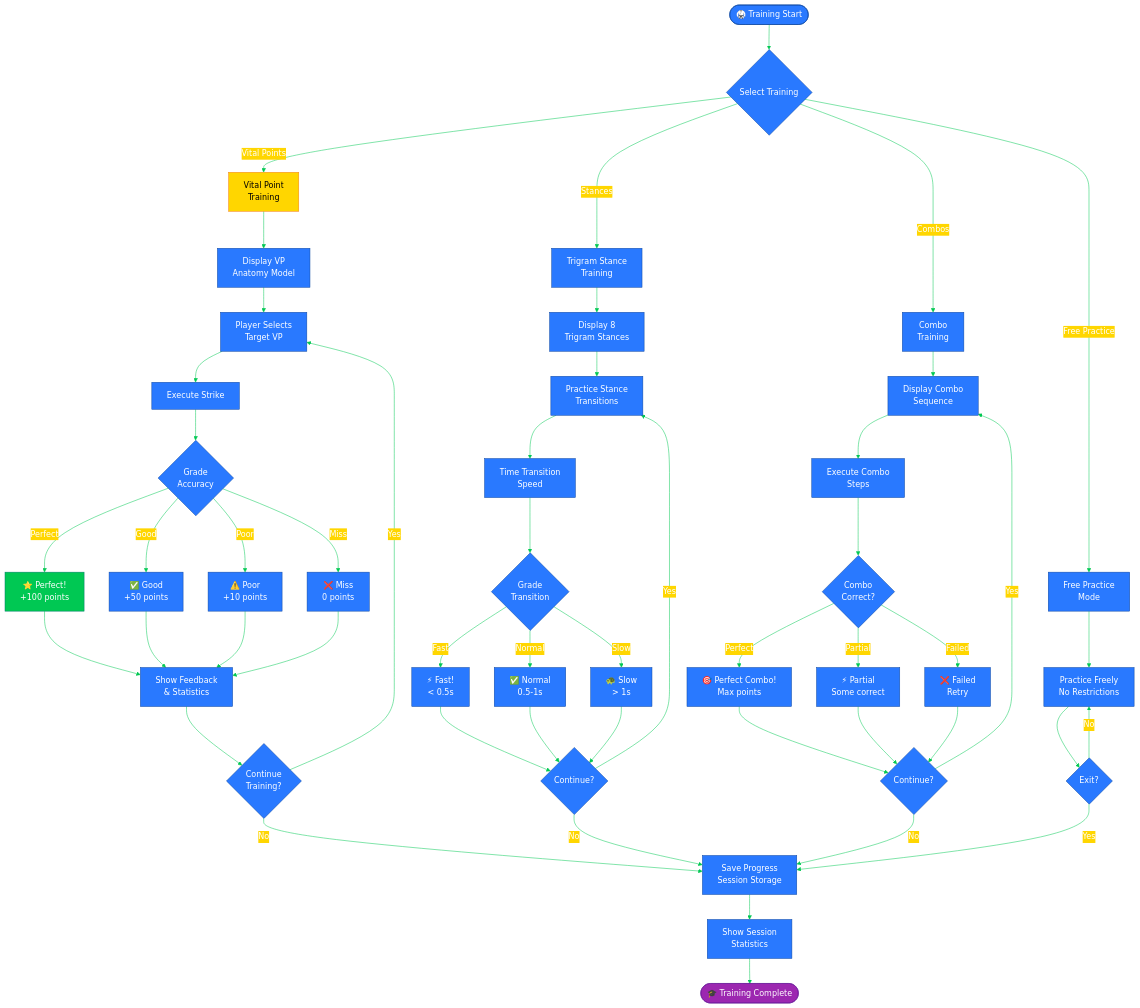
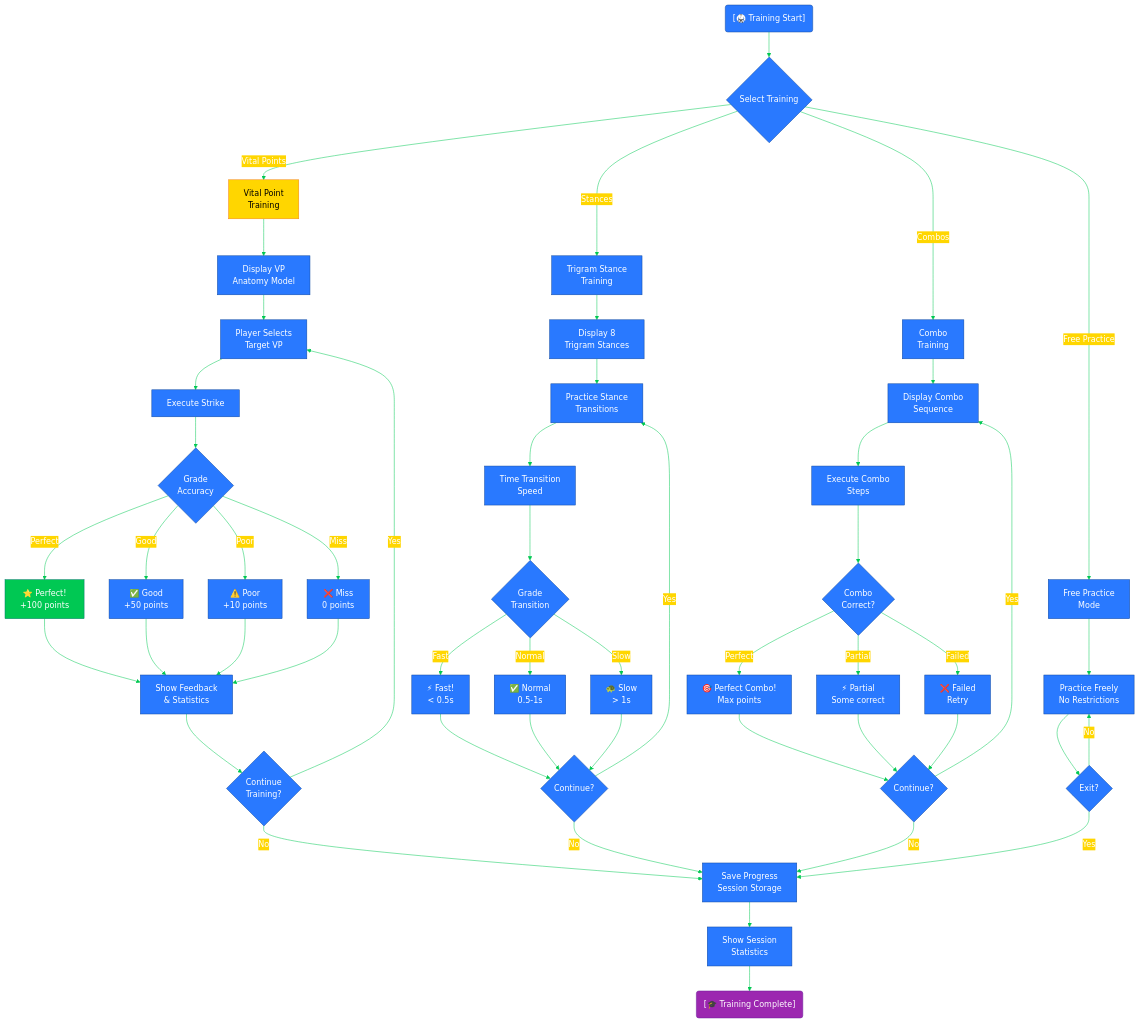
Before and after one commit to Hack23/blacktrigram: the eighth of 11 diagrams in FLOWCHART.md, drawn with Mermaid. The commit also changed other lines of this file and 19 other files, not shown here.

Commit message:
docs(mermaid): quote emoji labels in 19 files and add style warning to validator

````diff
--- a/FLOWCHART.md
+++ b/FLOWCHART.md
@@ -473,74 +473,74 @@
 ```mermaid
 %%{init: {'theme':'base', 'themeVariables': {'primaryColor':'#2979FF','primaryTextColor':'#fff','primaryBorderColor':'#0D47A1','lineColor':'#00C853','secondaryColor':'#FFD600','tertiaryColor':'#FF3D00'}}}%%
 flowchart TD
-    Start([🥋 Training Start]) --> Select{Select Training}
+    Start("[🥋 Training Start]") --> Select{Select Training}
 
     Select -->|Vital Points| VPTraining[Vital Point<br/>Training]
     Select -->|Stances| StanceTraining[Trigram Stance<br/>Training]
     Select -->|Combos| ComboTraining[Combo<br/>Training]
     Select -->|Free Practice| FreePractice[Free Practice<br/>Mode]
 
     VPTraining --> ShowVP[Display VP<br/>Anatomy Model]
     ShowVP --> SelectVP[Player Selects<br/>Target VP]
     SelectVP --> AttemptStrike[Execute Strike]
     AttemptStrike --> Grade{Grade<br/>Accuracy}
 
-    Grade -->|Perfect| Perfect[⭐ Perfect!<br/>+100 points]
-    Grade -->|Good| Good[✅ Good<br/>+50 points]
-    Grade -->|Poor| Poor[⚠️ Poor<br/>+10 points]
-    Grade -->|Miss| Miss[❌ Miss<br/>0 points]
+    Grade -->|Perfect| Perfect["⭐ Perfect!<br/>+100 points"]
+    Grade -->|Good| Good["✅ Good<br/>+50 points"]
+    Grade -->|Poor| Poor["⚠️ Poor<br/>+10 points"]
+    Grade -->|Miss| Miss["❌ Miss<br/>0 points"]
 
     Perfect --> ShowFeedback[Show Feedback<br/>& Statistics]
     Good --> ShowFeedback
     Poor --> ShowFeedback
     Miss --> ShowFeedback
 
     ShowFeedback --> Continue{Continue<br/>Training?}
 
     Continue -->|Yes| SelectVP
     Continue -->|No| SaveProgress[Save Progress<br/>Session Storage]
 
     StanceTraining --> ShowStances[Display 8<br/>Trigram Stances]
     ShowStances --> PracticeStance[Practice Stance<br/>Transitions]
     PracticeStance --> TimeTransition[Time Transition<br/>Speed]
     TimeTransition --> GradeTransition{Grade<br/>Transition}
 
-    GradeTransition -->|Fast| FastGrade[⚡ Fast!<br/>< 0.5s]
-    GradeTransition -->|Normal| NormalGrade[✅ Normal<br/>0.5-1s]
-    GradeTransition -->|Slow| SlowGrade[🐢 Slow<br/>> 1s]
+    GradeTransition -->|Fast| FastGrade["⚡ Fast!<br/>< 0.5s"]
+    GradeTransition -->|Normal| NormalGrade["✅ Normal<br/>0.5-1s"]
+    GradeTransition -->|Slow| SlowGrade["🐢 Slow<br/>> 1s"]
 
     FastGrade --> Continue2{Continue?}
     NormalGrade --> Continue2
     SlowGrade --> Continue2
 
     Continue2 -->|Yes| PracticeStance
     Continue2 -->|No| SaveProgress
 
     ComboTraining --> ShowCombo[Display Combo<br/>Sequence]
     ShowCombo --> ExecuteCombo[Execute Combo<br/>Steps]
     ExecuteCombo --> CheckCombo{Combo<br/>Correct?}
 
-    CheckCombo -->|Perfect| ComboSuccess[🎯 Perfect Combo!<br/>Max points]
-    CheckCombo -->|Partial| ComboPartial[⚡ Partial<br/>Some correct]
-    CheckCombo -->|Failed| ComboFail[❌ Failed<br/>Retry]
+    CheckCombo -->|Perfect| ComboSuccess["🎯 Perfect Combo!<br/>Max points"]
+    CheckCombo -->|Partial| ComboPartial["⚡ Partial<br/>Some correct"]
+    CheckCombo -->|Failed| ComboFail["❌ Failed<br/>Retry"]
 
     ComboSuccess --> Continue3{Continue?}
     ComboPartial --> Continue3
     ComboFail --> Continue3
 
     Continue3 -->|Yes| ShowCombo
     Continue3 -->|No| SaveProgress
 
     FreePractice --> PracticeLoop[Practice Freely<br/>No Restrictions]
     PracticeLoop --> CheckExit{Exit?}
     CheckExit -->|No| PracticeLoop
     CheckExit -->|Yes| SaveProgress
 
     SaveProgress --> ShowStats[Show Session<br/>Statistics]
-    ShowStats --> End([🎓 Training Complete])
+    ShowStats --> End("[🎓 Training Complete]")
 
     style Start fill:#2979FF,stroke:#0D47A1,color:#fff
     style Perfect fill:#00C853,stroke:#00796B,color:#fff
     style VPTraining fill:#FFD600,stroke:#F57F17,color:#000
     style End fill:#9C27B0,stroke:#6A1B9A,color:#fff
 ```
````
